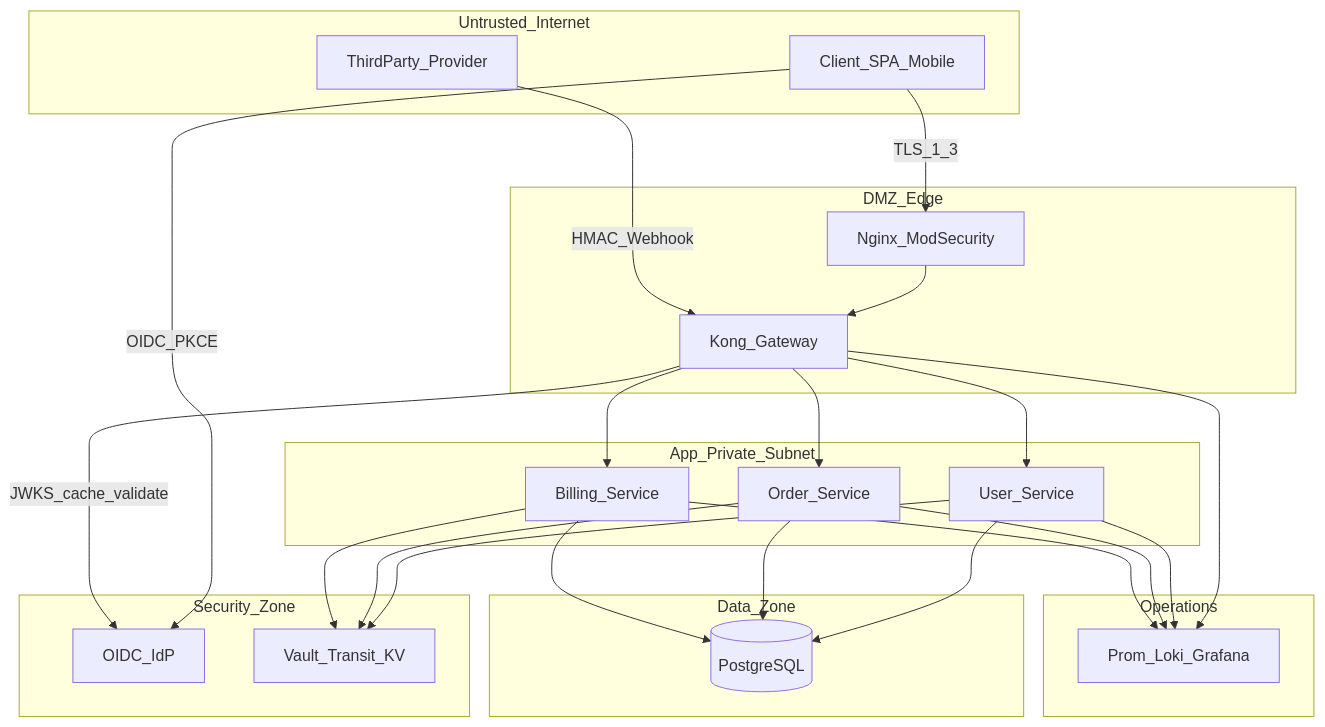
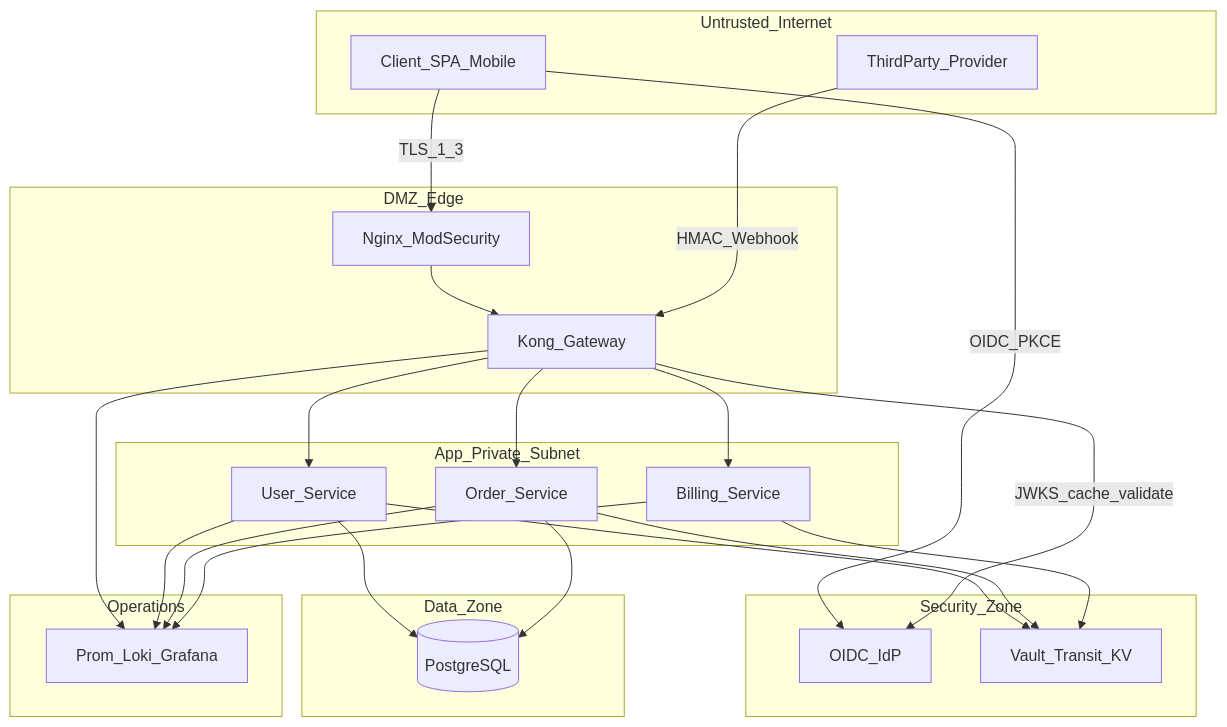
The first of 7 diagrams in docs/books/Kien-truc-he-thong-NT219.md (ntd4nh/NT219.Q22.ANTT), drawn with Mermaid before and after one commit. The commit also changed other lines of this file and 25 other files, not shown here.

````diff
--- a/docs/books/Kien-truc-he-thong-NT219.md
+++ b/docs/books/Kien-truc-he-thong-NT219.md
@@ -156,50 +157,49 @@
 ```mermaid
 flowchart TB
   subgraph untrusted [Untrusted_Internet]
     Client[Client_SPA_Mobile]
     ThirdParty[ThirdParty_Provider]
   end
 
   subgraph dmz [DMZ_Edge]
     CF[Nginx_ModSecurity]
     APIGW[Kong_Gateway]
   end
 
   subgraph security [Security_Zone]
     IdP[OIDC_IdP]
     Vault[Vault_Transit_KV]
   end
 
   subgraph app [App_Private_Subnet]
     UserSvc[User_Service]
     OrderSvc[Order_Service]
     BillingSvc[Billing_Service]
   end
 
   subgraph data [Data_Zone]
     PG[(PostgreSQL)]
   end
 
   subgraph ops [Operations]
     Obs[Prom_Loki_Grafana]
   end
 
   Client -->|TLS_1_3| CF
   CF --> APIGW
   Client -->|OIDC_PKCE| IdP
   APIGW -->|JWKS_cache_validate| IdP
   APIGW --> UserSvc
   APIGW --> OrderSvc
   APIGW --> BillingSvc
   ThirdParty -->|HMAC_Webhook| APIGW
   UserSvc --> Vault
   OrderSvc --> Vault
   BillingSvc --> Vault
   UserSvc --> PG
   OrderSvc --> PG
-  BillingSvc --> PG
   APIGW --> Obs
   UserSvc --> Obs
   OrderSvc --> Obs
   BillingSvc --> Obs
 ```
````
